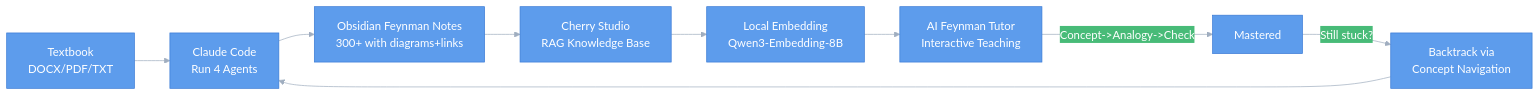
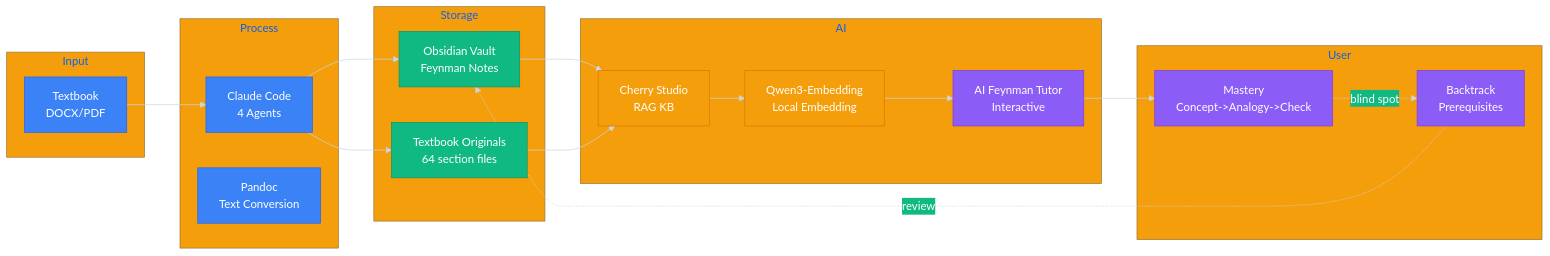
One commit to 3229218431/FeynFlow changed the second of 8 diagrams in README.md. Above: the diagram before and after it, drawn with Mermaid. The commit also changed other lines of this file, not shown here.

Commit message:
Full README rewrite: 8 charts with semantic color coding (blue=tools, green=content, orange=AI, purple=learning, red=test), architecture diagram, color legend, expanded FAQ

````diff
--- a/README.md
+++ b/README.md
@@ -81,12 +62,40 @@
 ```mermaid
-%%{init: {'theme':'base','themeVariables': {'primaryColor': '#5D9CEC','primaryTextColor': '#fff','primaryBorderColor': '#3A7BD5','lineColor': '#A0AEC0','secondaryColor': '#48BB78','tertiaryColor': '#F6AD55'}}}%%
+%%{init: {'theme':'base','themeVariables': {'primaryColor': '#3B82F6','primaryTextColor': '#fff','lineColor': '#CBD5E1','secondaryColor': '#10B981','tertiaryColor': '#F59E0B'}}}%%
 flowchart LR
-    A[Textbook<br>DOCX/PDF/TXT] --> B[Claude Code<br>Run 4 Agents]
-    B --> C[Obsidian Feynman Notes<br>300+ with diagrams+links]
-    C --> D[Cherry Studio<br>RAG Knowledge Base]
-    D --> E[Local Embedding<br>Qwen3-Embedding-8B]
-    E --> F[AI Feynman Tutor<br>Interactive Teaching]
-    F -->|Concept->Analogy->Check| G[Mastered]
-    G -->|Still stuck?| H[Backtrack via<br>Concept Navigation]
-    H --> B
+    subgraph Input
+        A1[Textbook<br>DOCX/PDF]:::tool
+    end
+    subgraph Process
+        B1[Claude Code<br>4 Agents]:::tool
+        B2[Pandoc<br>Text Conversion]:::tool
+    end
+    subgraph Storage
+        C1[Obsidian Vault<br>Feynman Notes]:::content
+        C2[Textbook Originals<br>64 section files]:::content
+    end
+    subgraph AI
+        D1[Cherry Studio<br>RAG KB]:::ai
+        D2[Qwen3-Embedding<br>Local Embedding]:::ai
+        D3[AI Feynman Tutor<br>Interactive]:::learn
+    end
+    subgraph User
+        E1[Mastery<br>Concept->Analogy->Check]:::learn
+        E2[Backtrack<br>Prerequisites]:::learn
+    end
+    
+    A1 --> B1
+    B1 --> C1
+    B1 --> C2
+    C1 --> D1
+    C2 --> D1
+    D1 --> D2
+    D2 --> D3
+    D3 --> E1
+    E1 -.->|blind spot| E2
+    E2 -.->|review| C1
+    
+    classDef tool fill:#3B82F6,stroke:#2563EB,color:#fff
+    classDef content fill:#10B981,stroke:#059669,color:#fff
+    classDef ai fill:#F59E0B,stroke:#D97706,color:#fff
+    classDef learn fill:#8B5CF6,stroke:#7C3AED,color:#fff
 ```
````
